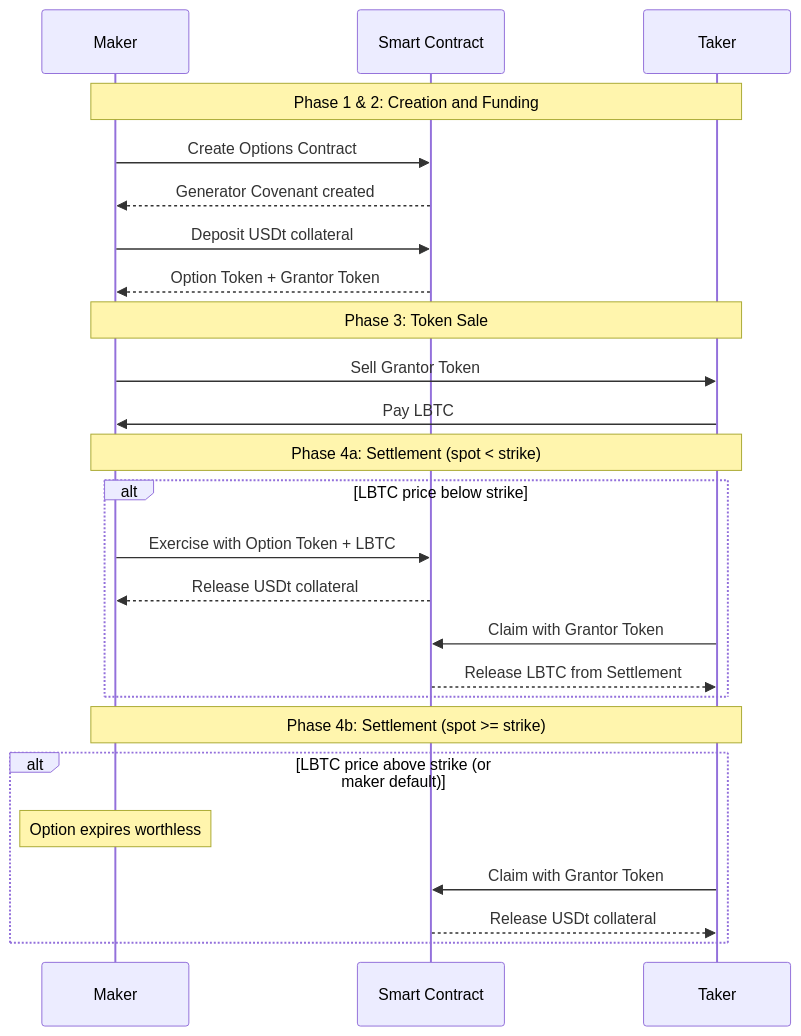
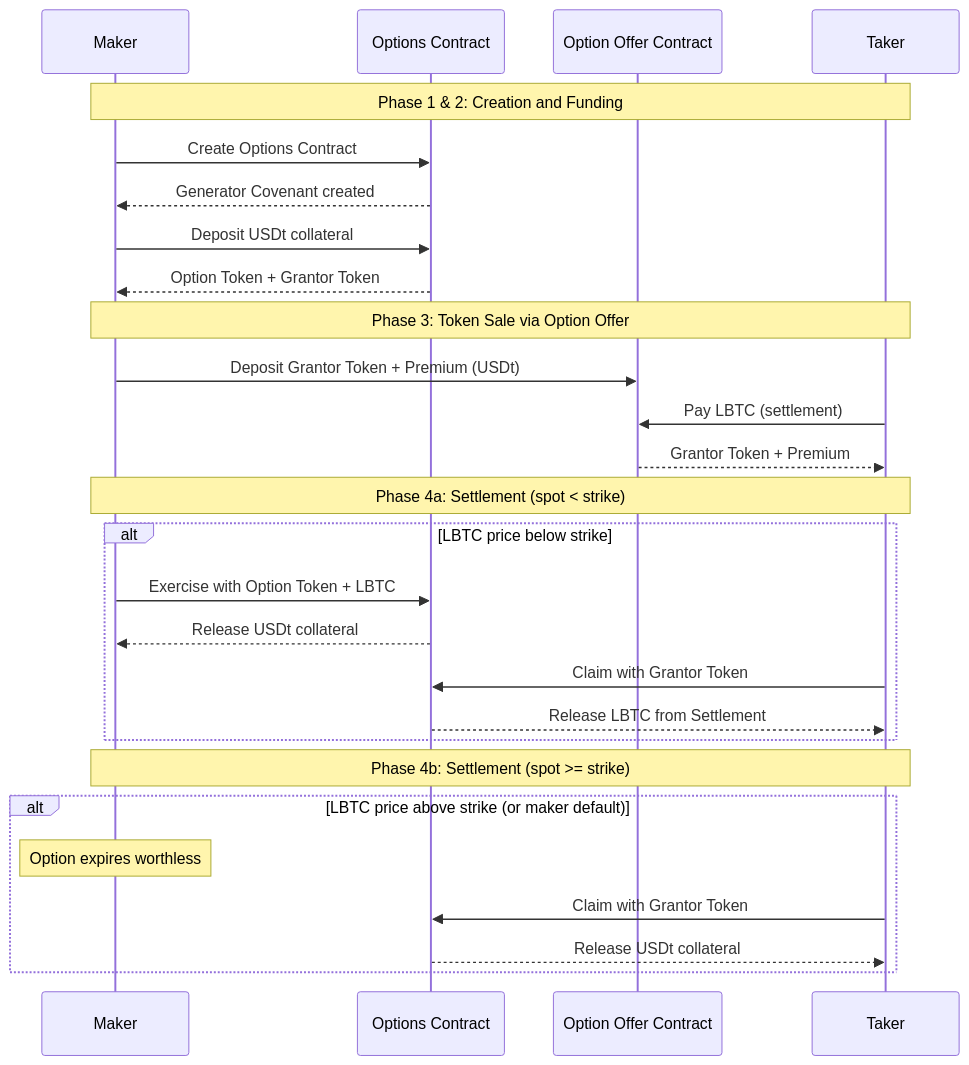
The diagram in docs/use-cases/simplicity-dex.md (BlockstreamResearch/simplicity-lang-org), drawn with Mermaid before and after one commit. The commit also changed other lines of this file, not shown here.

Commit message:
Updated doc after the refactoring of Dex

````diff
--- a/docs/use-cases/simplicity-dex.md
+++ b/docs/use-cases/simplicity-dex.md
@@ -85,31 +85,33 @@
 ```mermaid
 sequenceDiagram
     participant Maker
-    participant Contract as Smart Contract
+    participant Options as Options Contract
+    participant OptionOffer as Option Offer Contract
     participant Taker
 
     Note over Maker,Taker: Phase 1 & 2: Creation and Funding
-    Maker->>Contract: Create Options Contract
-    Contract-->>Maker: Generator Covenant created
-    Maker->>Contract: Deposit USDt collateral
-    Contract-->>Maker: Option Token + Grantor Token
+    Maker->>Options: Create Options Contract
+    Options-->>Maker: Generator Covenant created
+    Maker->>Options: Deposit USDt collateral
+    Options-->>Maker: Option Token + Grantor Token
 
-    Note over Maker,Taker: Phase 3: Token Sale
-    Maker->>Taker: Sell Grantor Token
-    Taker->>Maker: Pay LBTC
+    Note over Maker,Taker: Phase 3: Token Sale via Option Offer
+    Maker->>OptionOffer: Deposit Grantor Token + Premium (USDt)
+    Taker->>OptionOffer: Pay LBTC (settlement)
+    OptionOffer-->>Taker: Grantor Token + Premium
 
     Note over Maker,Taker: Phase 4a: Settlement (spot < strike)
     alt LBTC price below strike
-        Maker->>Contract: Exercise with Option Token + LBTC
-        Contract-->>Maker: Release USDt collateral
-        Taker->>Contract: Claim with Grantor Token
-        Contract-->>Taker: Release LBTC from Settlement
+        Maker->>Options: Exercise with Option Token + LBTC
+        Options-->>Maker: Release USDt collateral
+        Taker->>Options: Claim with Grantor Token
+        Options-->>Taker: Release LBTC from Settlement
     end
 
     Note over Maker,Taker: Phase 4b: Settlement (spot >= strike)
     alt LBTC price above strike (or maker default)
         Note over Maker: Option expires worthless
-        Taker->>Contract: Claim with Grantor Token
-        Contract-->>Taker: Release USDt collateral
+        Taker->>Options: Claim with Grantor Token
+        Options-->>Taker: Release USDt collateral
     end
 ```
````
